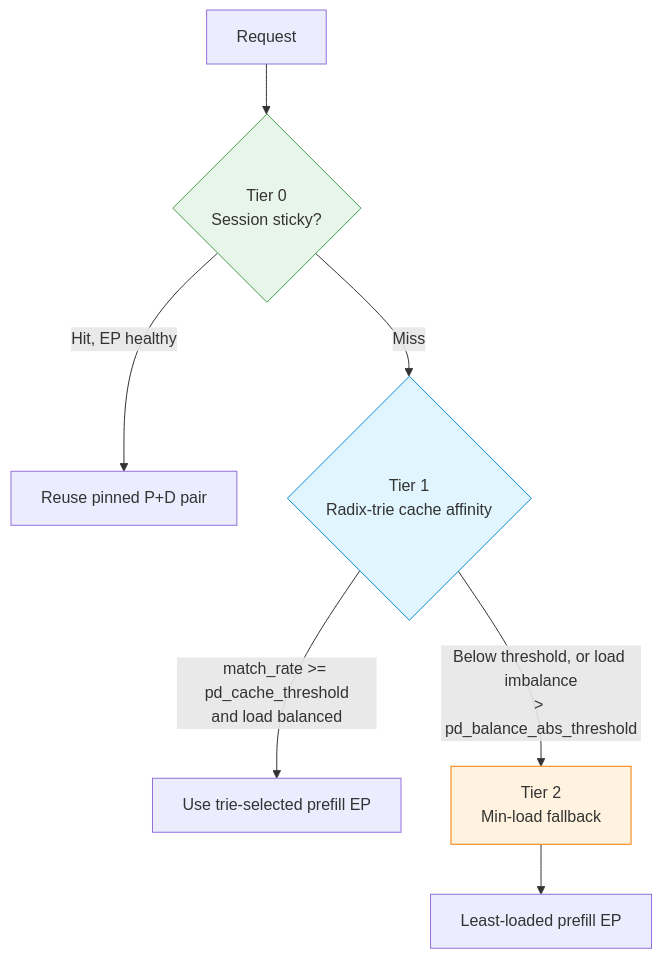
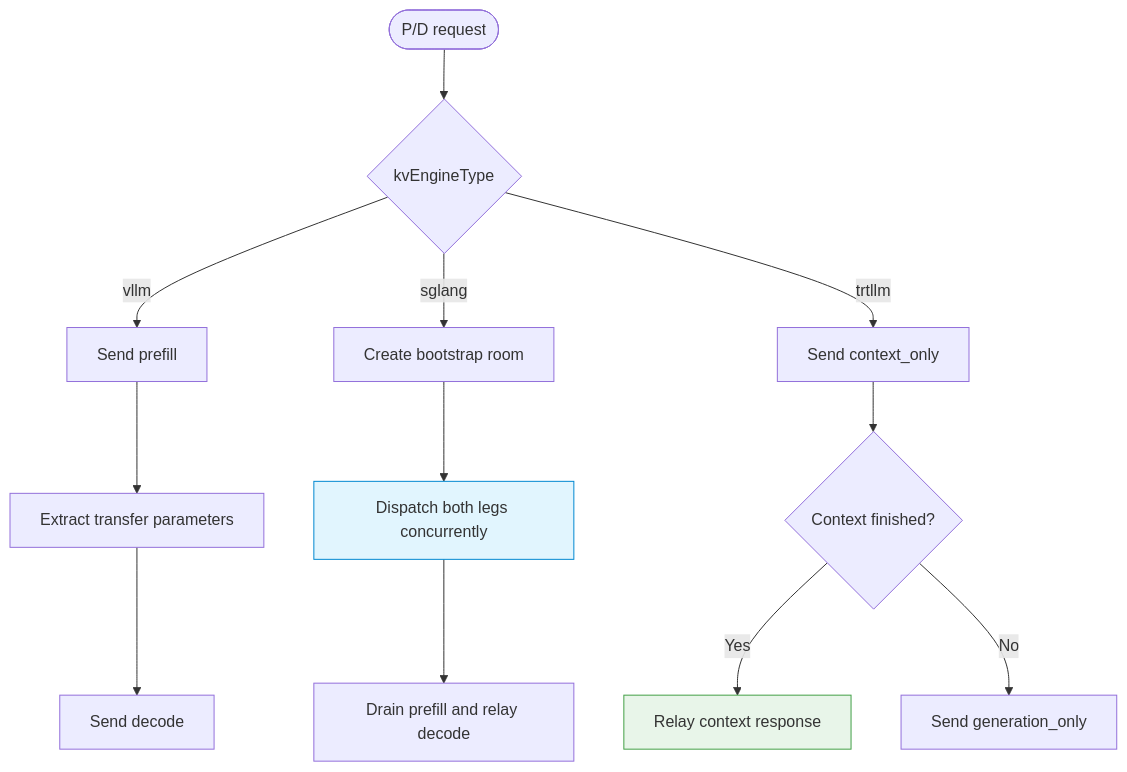
One commit to loxilb-io/loxilbdocs-inference-gateway changed the second of 2 diagrams in docs/ai-gateway/pd-disaggregation.md. Above: the diagram before and after it, drawn with Mermaid. The commit also changed other lines of this file and 59 other files, not shown here.

````diff
--- a/docs/ai-gateway/pd-disaggregation.md
+++ b/docs/ai-gateway/pd-disaggregation.md
@@ -71,13 +45,17 @@
 ```mermaid
 flowchart TD
-    REQ[Request] --> T0{Tier 0<br/>Session sticky?}
-    T0 -->|Hit, EP healthy| USE0[Reuse pinned P+D pair]
-    T0 -->|Miss| T1{Tier 1<br/>Radix-trie cache affinity}
-    T1 -->|match_rate >= pd_cache_threshold<br/>and load balanced| USE1[Use trie-selected prefill EP]
-    T1 -->|Below threshold, or load imbalance<br/>> pd_balance_abs_threshold| T2
-    T2[Tier 2<br/>Min-load fallback] --> USE2[Least-loaded prefill EP]
+    REQ([P/D request]) --> ENGINE{kvEngineType}
+    ENGINE -->|vllm| V1[Send prefill]
+    V1 --> V2[Extract transfer parameters]
+    V2 --> V3[Send decode]
+    ENGINE -->|sglang| S1[Create bootstrap room]
+    S1 --> S2[Dispatch both legs concurrently]
+    S2 --> S3[Drain prefill and relay decode]
+    ENGINE -->|trtllm| T1[Send context_only]
+    T1 --> T2{Context finished?}
+    T2 -->|Yes| T3[Relay context response]
+    T2 -->|No| T4[Send generation_only]
 
-    style T0 fill:#e8f5e9,stroke:#43a047
-    style T1 fill:#e1f5fe,stroke:#0288d1
-    style T2 fill:#fff3e0,stroke:#f57c00
+    style S2 fill:#e1f5fe,stroke:#0288d1
+    style T3 fill:#e8f5e9,stroke:#43a047
 ```
````
